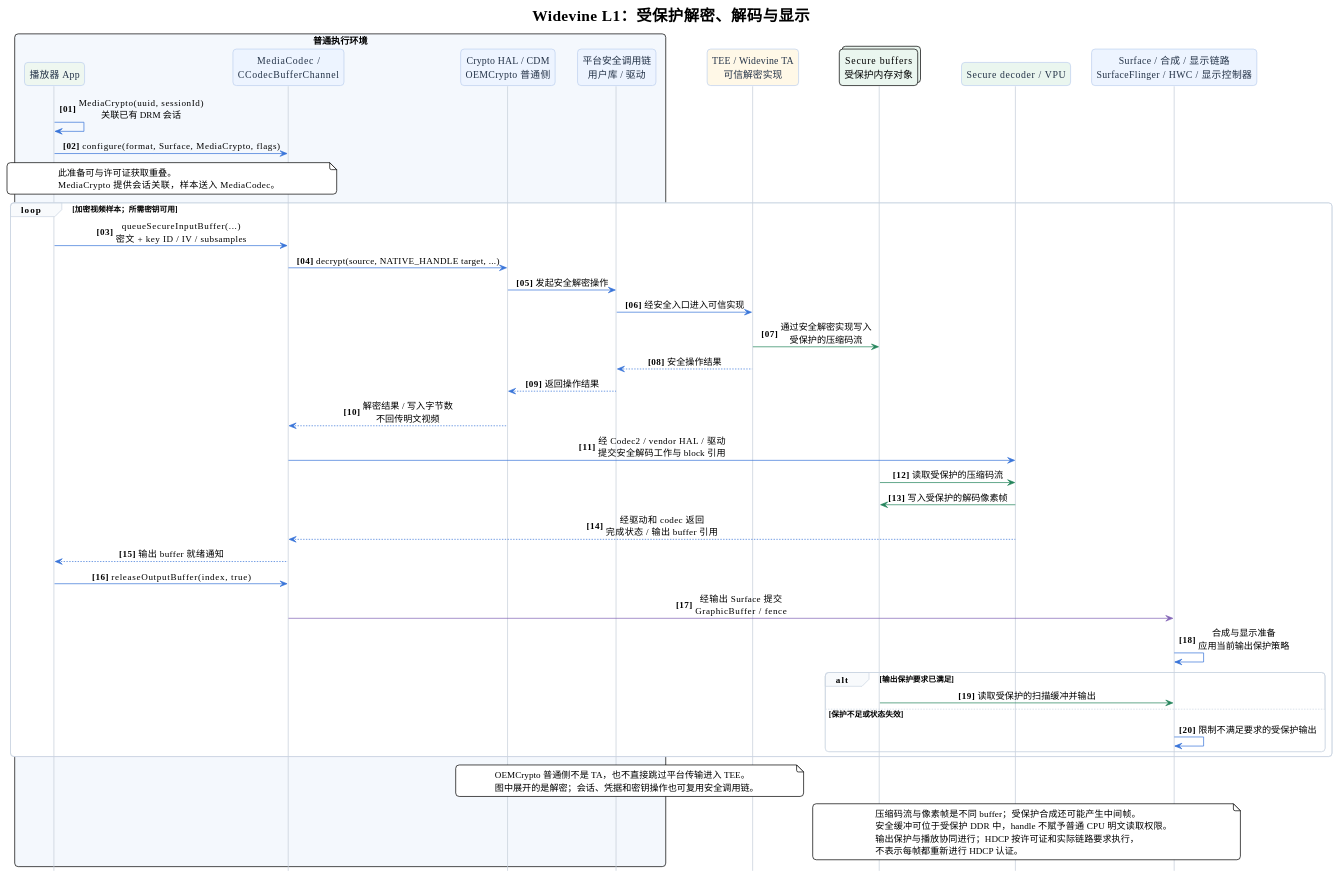
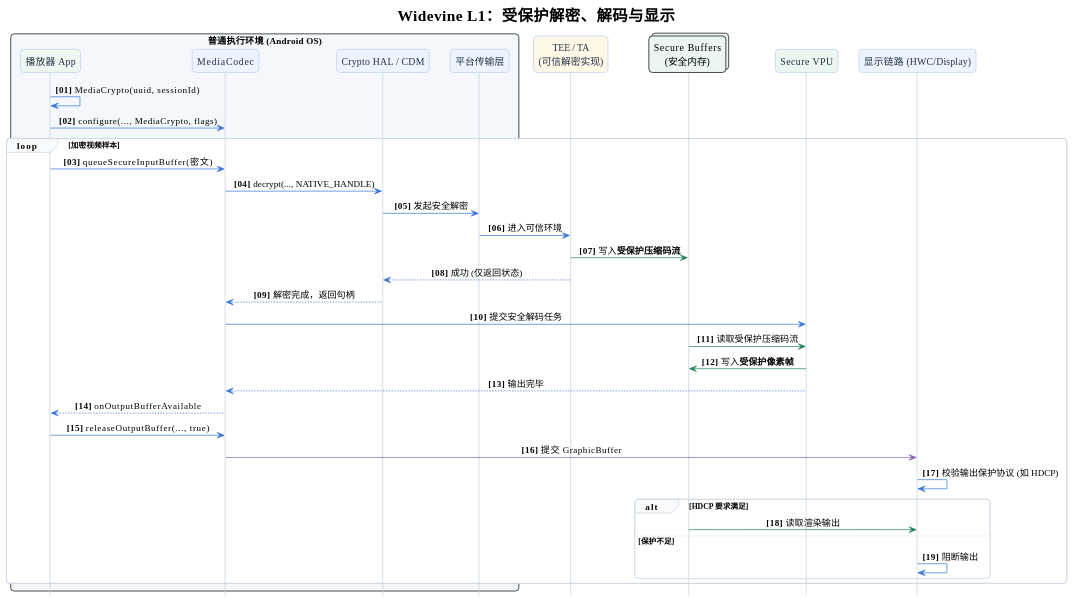
The second of 2 diagrams in content/android-dev/media/android-drm.md (Ethen-Cao/ethenslab), drawn with PlantUML before and after one commit. The commit also changed other lines of this file, not shown here.

Commit message:
docs: 重新组织 Android DRM 架构文档，优化结构与专业度

````diff
--- a/content/android-dev/media/android-drm.md
+++ b/content/android-dev/media/android-drm.md
@@ -202,76 +161,62 @@
 ```plantuml
 @startuml
 !theme plain
 hide footbox
 autonumber "<b>[00]"
 skinparam backgroundColor #FFFFFF
 skinparam shadowing false
 skinparam roundcorner 10
 skinparam sequenceMessageAlign center
 skinparam sequence {
   ArrowColor #3974D9
   LifeLineBorderColor #C5CDD8
   ParticipantBorderColor #BDD0EE
   ParticipantBackgroundColor #EDF4FF
   ParticipantFontColor #243348
   GroupBorderColor #CBD5E1
   GroupBackgroundColor #F8FAFC
   NoteBackgroundColor #FFF8E7
   NoteBorderColor #E5CB86
 }
 title Widevine L1：受保护解密、解码与显示
 
-box "普通执行环境" #F4F8FD
+box "普通执行环境 (Android OS)" #F4F8FD
 participant "播放器 App" as App #EEF7F0
-participant "MediaCodec /\nCCodecBufferChannel" as Codec
-participant "Crypto HAL / CDM\nOEMCrypto 普通侧" as Crypto
-participant "平台安全调用链\n用户库 / 驱动" as Transport
+participant "MediaCodec" as Codec
+participant "Crypto HAL / CDM" as Crypto
+participant "平台传输层" as Transport
 end box
-participant "TEE / Widevine TA\n可信解密实现" as TEE #FFF8E7
-collections "Secure buffers\n受保护内存对象" as Buffer #EAF6EF
-participant "Secure decoder / VPU" as VPU #EAF6EF
-participant "Surface / 合成 / 显示链路\nSurfaceFlinger / HWC / 显示控制器" as Display
+participant "TEE / TA\n(可信解密实现)" as TEE #FFF8E7
+collections "Secure Buffers\n(安全内存)" as Buffer #EAF6EF
+participant "Secure VPU" as VPU #EAF6EF
+participant "显示链路 (HWC/Display)" as Display
 
-App -> App: MediaCrypto(uuid, sessionId)\n关联已有 DRM 会话
-App -> Codec: configure(format, Surface, MediaCrypto, flags)
-note over App, Codec
-此准备可与许可证获取重叠。
-MediaCrypto 提供会话关联，样本送入 MediaCodec。
-end note
+App -> App: MediaCrypto(uuid, sessionId)
+App -> Codec: configure(..., MediaCrypto, flags)
 
-loop 加密视频样本；所需密钥可用
-  App -> Codec: queueSecureInputBuffer(...)\n密文 + key ID / IV / subsamples
-  Codec -> Crypto: decrypt(source, NATIVE_HANDLE target, ...)
-  Crypto -> Transport: 发起安全解密操作
-  Transport -> TEE: 经安全入口进入可信实现
-  TEE -[#23845B]> Buffer: 通过安全解密实现写入\n受保护的压缩码流
-  TEE --> Transport: 安全操作结果
-  Transport --> Crypto: 返回操作结果
-  Crypto --> Codec: 解密结果 / 写入字节数\n不回传明文视频
-  Codec -> VPU: 经 Codec2 / vendor HAL / 驱动\n提交安全解码工作与 block 引用
-  Buffer -[#23845B]> VPU: 读取受保护的压缩码流
-  VPU -[#23845B]> Buffer: 写入受保护的解码像素帧
-  VPU --> Codec: 经驱动和 codec 返回\n完成状态 / 输出 buffer 引用
-  Codec --> App: 输出 buffer 就绪通知
-  App -> Codec: releaseOutputBuffer(index, true)
-  Codec -[#8364B7]> Display: 经输出 Surface 提交\nGraphicBuffer / fence
-  Display -> Display: 合成与显示准备\n应用当前输出保护策略
-  alt 输出保护要求已满足
-    Buffer -[#23845B]> Display: 读取受保护的扫描缓冲并输出
-  else 保护不足或状态失效
-    Display -> Display: 限制不满足要求的受保护输出
+loop 加密视频样本
+  App -> Codec: queueSecureInputBuffer(密文)
+  Codec -> Crypto: decrypt(..., NATIVE_HANDLE)
+  Crypto -> Transport: 发起安全解密
+  Transport -> TEE: 进入可信环境
+  TEE -[#23845B]> Buffer: 写入**受保护压缩码流**
+  TEE --> Crypto: 成功 (仅返回状态)
+  Crypto --> Codec: 解密完成，返回句柄
+  
+  Codec -> VPU: 提交安全解码任务
+  Buffer -[#23845B]> VPU: 读取受保护压缩码流
+  VPU -[#23845B]> Buffer: 写入**受保护像素帧**
+  VPU --> Codec: 输出完毕
+  
+  Codec --> App: onOutputBufferAvailable
+  App -> Codec: releaseOutputBuffer(..., true)
+  Codec -[#8364B7]> Display: 提交 GraphicBuffer
+  Display -> Display: 校验输出保护协议 (如 HDCP)
+  alt HDCP 要求满足
+    Buffer -[#23845B]> Display: 读取渲染输出
+  else 保护不足
+    Display -> Display: 阻断输出
   end
 end
-
-note over Crypto, TEE
-OEMCrypto 普通侧不是 TA，也不直接跳过平台传输进入 TEE。
-图中展开的是解密；会话、凭据和密钥操作也可复用安全调用链。
-end note
-note over Buffer, Display
-压缩码流与像素帧是不同 buffer；受保护合成还可能产生中间帧。
-安全缓冲可位于受保护 DDR 中，handle 不赋予普通 CPU 明文读取权限。
-输出保护与播放协同进行；HDCP 按许可证和实际链路要求执行，
-不表示每帧都重新进行 HDCP 认证。
-end note
 @enduml
 ```
````
